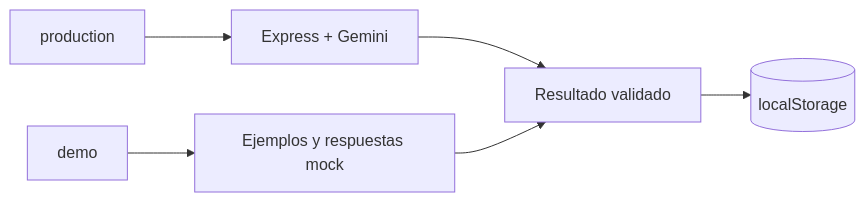
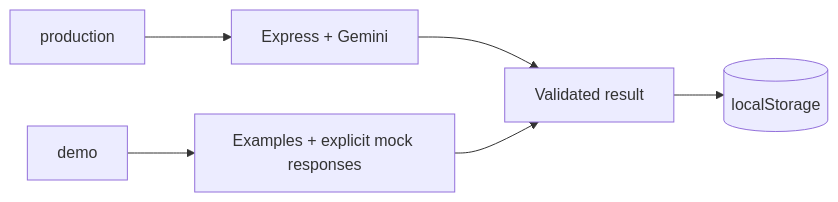
Before and after one commit to Alfonso-13/AI-Text-Analyzer: the second of 2 diagrams in DEV.md, drawn with Mermaid. The commit also changed other lines of this file and 1 other file, not shown here.

````diff
--- a/DEV.md
+++ b/DEV.md
@@ -18,8 +29,8 @@
 ```mermaid
 flowchart LR
   Production[production] --> API[Express + Gemini]
-  Demo[demo] --> Mocks[Ejemplos y respuestas mock]
-  API --> Result[Resultado validado]
+  Demo[demo] --> Mocks[Examples + explicit mock responses]
+  API --> Result[Validated result]
   Mocks --> Result
   Result --> Storage[(localStorage)]
 ```
````
